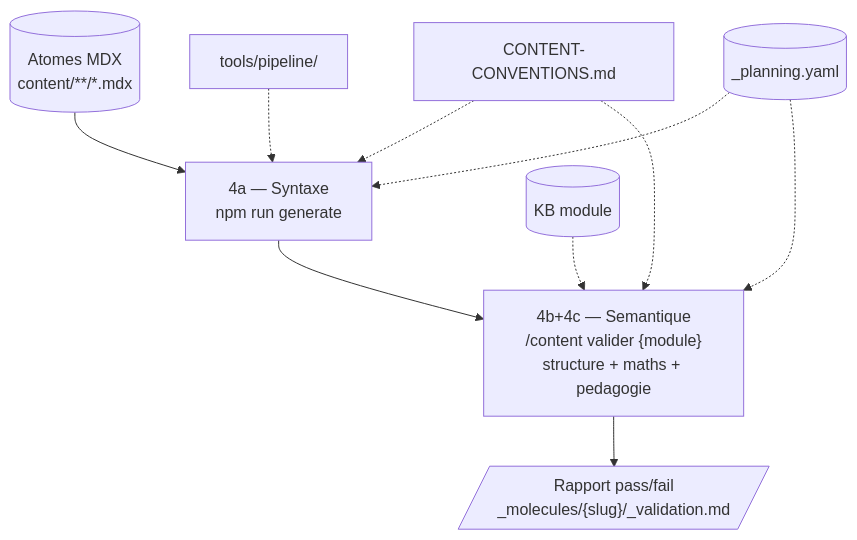
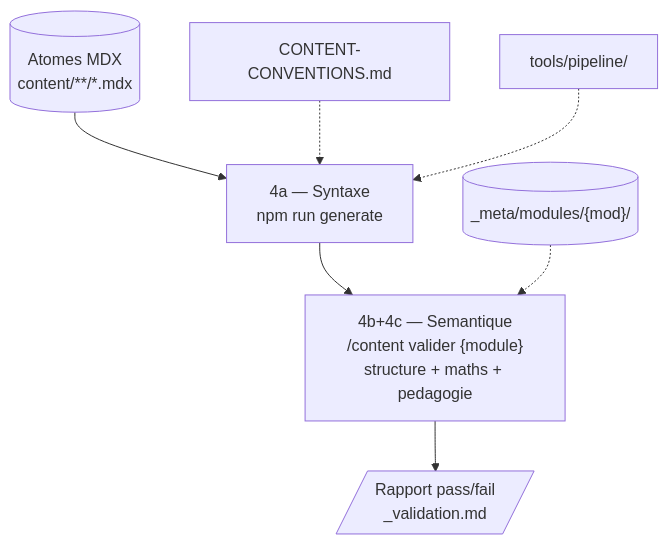
The seventh of 8 diagrams in docs/content-agentic-workflow.md (bilalYezzaGit/learning-web), drawn with Mermaid before and after one commit. The commit also changed other lines of this file, not shown here.

````diff
--- a/docs/content-agentic-workflow.md
+++ b/docs/content-agentic-workflow.md
@@ -291,12 +293,9 @@
 ```mermaid
 flowchart TD
     Atomes[("Atomes MDX\ncontent/**/*.mdx")] --> V4a["4a — Syntaxe\nnpm run generate"]
     CONV["CONTENT-CONVENTIONS.md"] -.-> V4a
     PIPE["tools/pipeline/"] -.-> V4a
-    Plan[("_planning.yaml")] -.-> V4a
     V4a --> V4bc["4b+4c — Semantique\n/content valider {module}\nstructure + maths + pedagogie"]
-    KB[("KB module")] -.-> V4bc
-    Plan -.-> V4bc
-    CONV -.-> V4bc
-    V4bc --> Rapport[/"Rapport pass/fail\n_molecules/{slug}/_validation.md"/]
+    KB[("_meta/modules/{mod}/")] -.-> V4bc
+    V4bc --> Rapport[/"Rapport pass/fail\n_validation.md"/]
 ```
````
